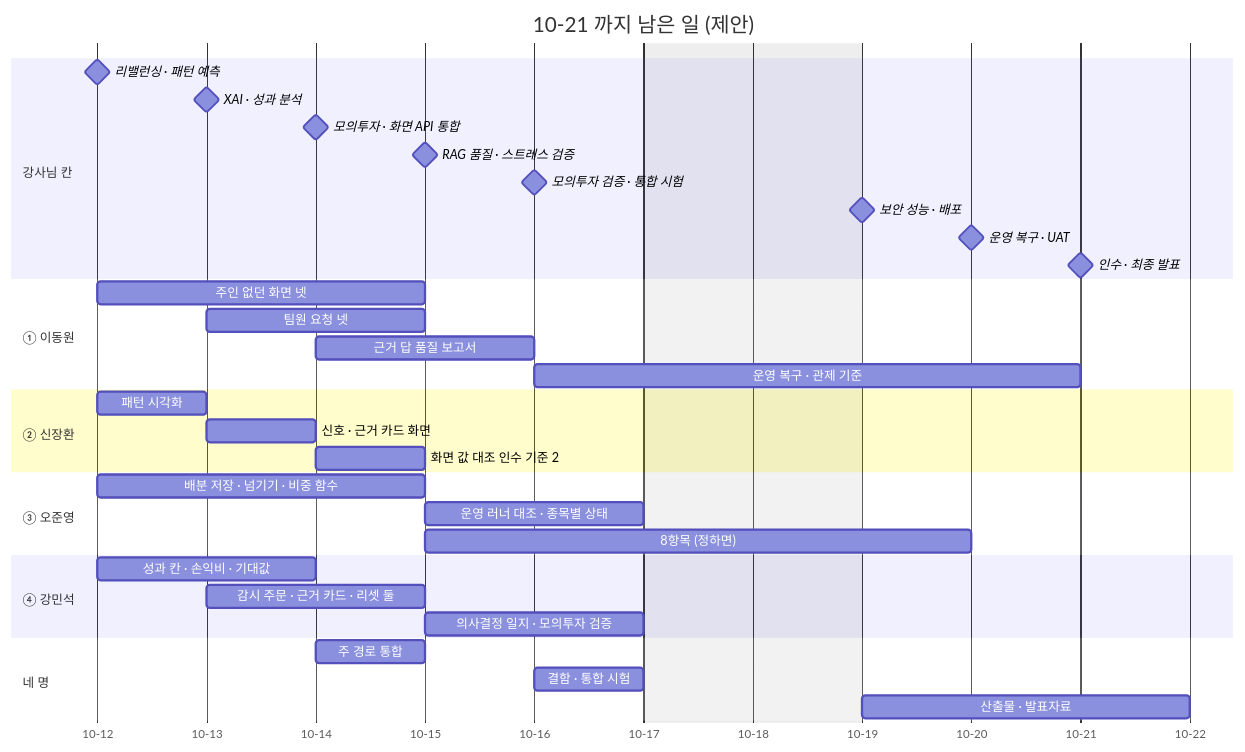
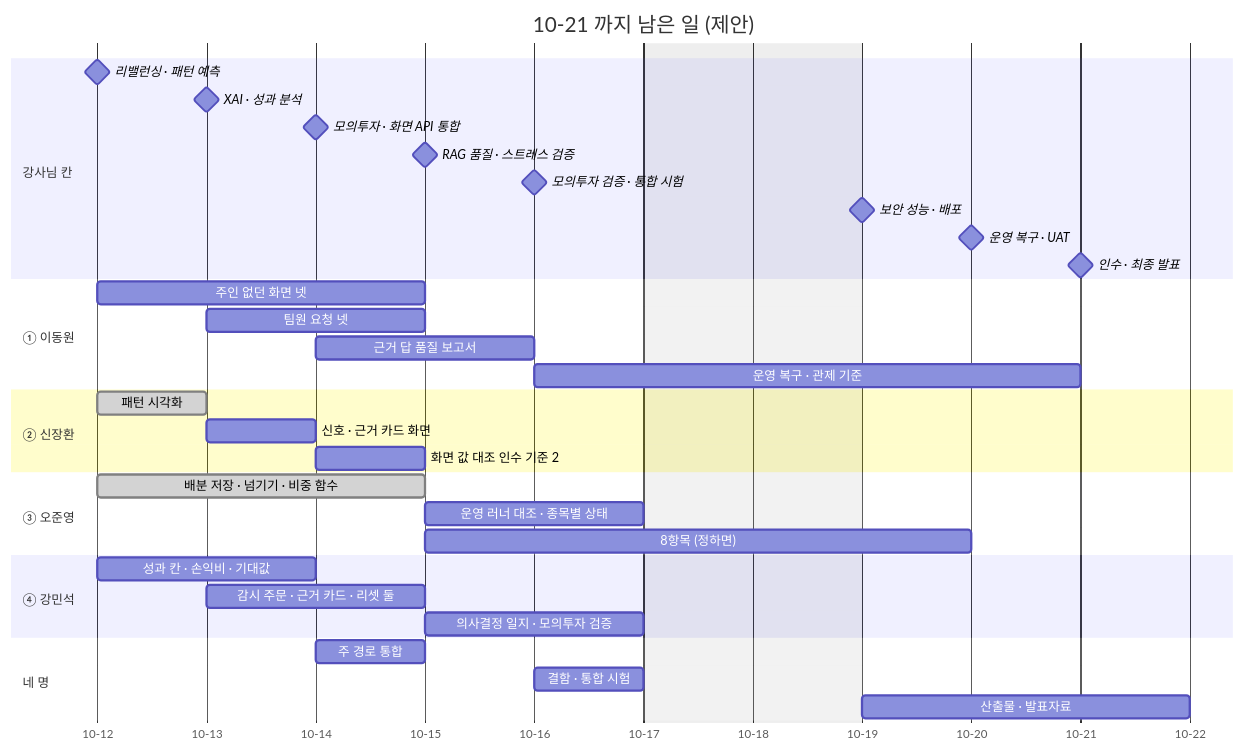
Before and after one commit to EST-team-project/Qurious: the fourth of 4 diagrams in docs/github-archive/2026-10-12/이슈-2차-중간점검/00-본문.md, drawn with Mermaid. The commit also changed other lines of this file and 87 other files, not shown here.

````diff
--- a/docs/github-archive/2026-10-12/이슈-2차-중간점검/00-본문.md
+++ b/docs/github-archive/2026-10-12/이슈-2차-중간점검/00-본문.md
@@ -281,37 +285,37 @@
 ```mermaid
 gantt
   title 10-21 까지 남은 일 (제안)
   dateFormat YYYY-MM-DD
   axisFormat %m-%d
   excludes weekends
   section 강사님 칸
   리밸런싱 · 패턴 예측            :milestone, m1, 2026-10-12, 0d
   XAI · 성과 분석                 :milestone, m2, 2026-10-13, 0d
   모의투자 · 화면 API 통합        :milestone, m3, 2026-10-14, 0d
   RAG 품질 · 스트레스 검증         :milestone, m4, 2026-10-15, 0d
   모의투자 검증 · 통합 시험        :milestone, m5, 2026-10-16, 0d
   보안 성능 · 배포                :milestone, m6, 2026-10-19, 0d
   운영 복구 · UAT                 :milestone, m7, 2026-10-20, 0d
   인수 · 최종 발표                :milestone, m8, 2026-10-21, 0d
   section ① 이동원
   주인 없던 화면 넷               :a1, 2026-10-12, 3d
   팀원 요청 넷                    :a2, 2026-10-13, 2d
   근거 답 품질 보고서             :a3, 2026-10-14, 2d
   운영 복구 · 관제 기준           :a4, 2026-10-16, 3d
   section ② 신장환
-  패턴 시각화                     :b1, 2026-10-12, 1d
+  패턴 시각화                     :done, b1, 2026-10-12, 1d
   신호 · 근거 카드 화면           :b2, 2026-10-13, 1d
   화면 값 대조 인수 기준 2       :b3, 2026-10-14, 1d
   section ③ 오준영
-  배분 저장 · 넘기기 · 비중 함수   :c1, 2026-10-12, 3d
+  배분 저장 · 넘기기 · 비중 함수   :done, c1, 2026-10-12, 3d
   운영 러너 대조 · 종목별 상태     :c2, 2026-10-15, 2d
   8항목 (정하면)                  :c3, 2026-10-15, 3d
   section ④ 강민석
   성과 칸 · 손익비 · 기대값        :d1, 2026-10-12, 2d
   감시 주문 · 근거 카드 · 리셋 둘  :d2, 2026-10-13, 2d
   의사결정 일지 · 모의투자 검증    :d3, 2026-10-15, 2d
   section 네 명
   주 경로 통합                    :e1, 2026-10-14, 1d
   결함 · 통합 시험                :e2, 2026-10-16, 1d
   산출물 · 발표자료               :e3, 2026-10-19, 3d
 ```
````
